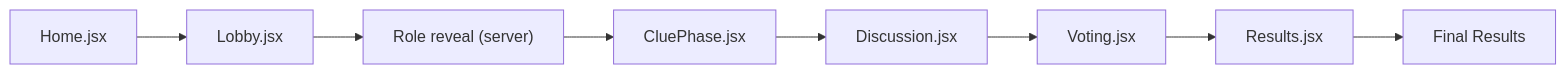
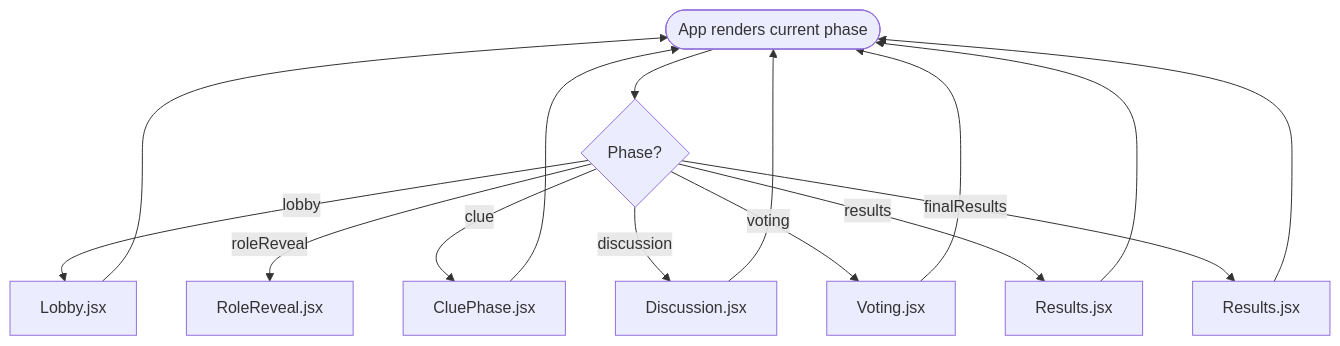
Before and after one commit to sparshgupta001/imposter_game: the sixth of 7 diagrams in .qoder/repowiki/en/content/Architecture Overview.md, drawn with Mermaid. The commit also changed other lines of this file and 29 other files, not shown here.

````diff
--- a/.qoder/repowiki/en/content/Architecture Overview.md
+++ b/.qoder/repowiki/en/content/Architecture Overview.md
@@ -221,10 +325,17 @@
 ```mermaid
-graph LR
-Home["Home.jsx"] --> Lobby["Lobby.jsx"]
-Lobby --> RoleReveal["Role reveal (server)"]
-RoleReveal --> Clue["CluePhase.jsx"]
-Clue --> Discussion["Discussion.jsx"]
-Discussion --> Voting["Voting.jsx"]
-Voting --> Results["Results.jsx"]
-Results --> Final["Final Results"]
+flowchart TD
+Start(["App renders current phase"]) --> CheckPhase{"Phase?"}
+CheckPhase --> |lobby| Lobby["Lobby.jsx"]
+CheckPhase --> |roleReveal| RoleReveal["RoleReveal.jsx"]
+CheckPhase --> |clue| Clue["CluePhase.jsx"]
+CheckPhase --> |discussion| Disc["Discussion.jsx"]
+CheckPhase --> |voting| Vote["Voting.jsx"]
+CheckPhase --> |results| Results["Results.jsx"]
+CheckPhase --> |finalResults| Final["Results.jsx"]
+Lobby --> Start
+Clue --> Start
+Disc --> Start
+Vote --> Start
+Results --> Start
+Final --> Start
 ```
````
